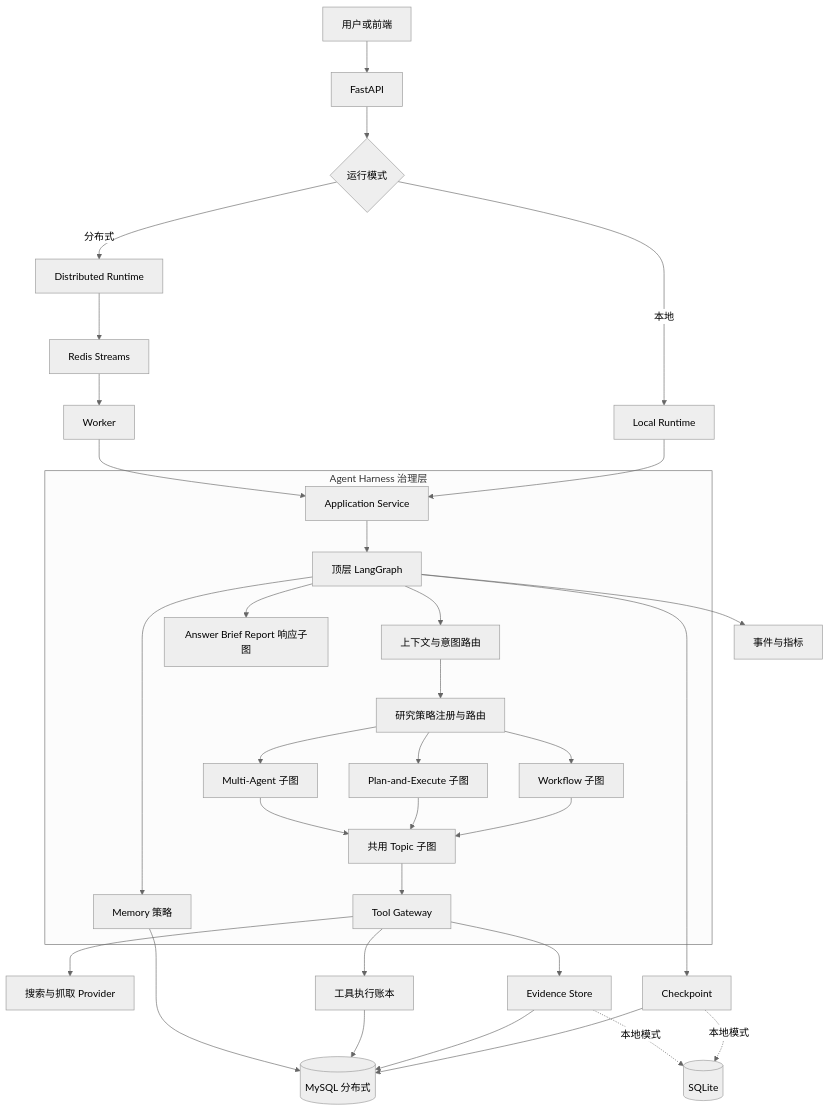
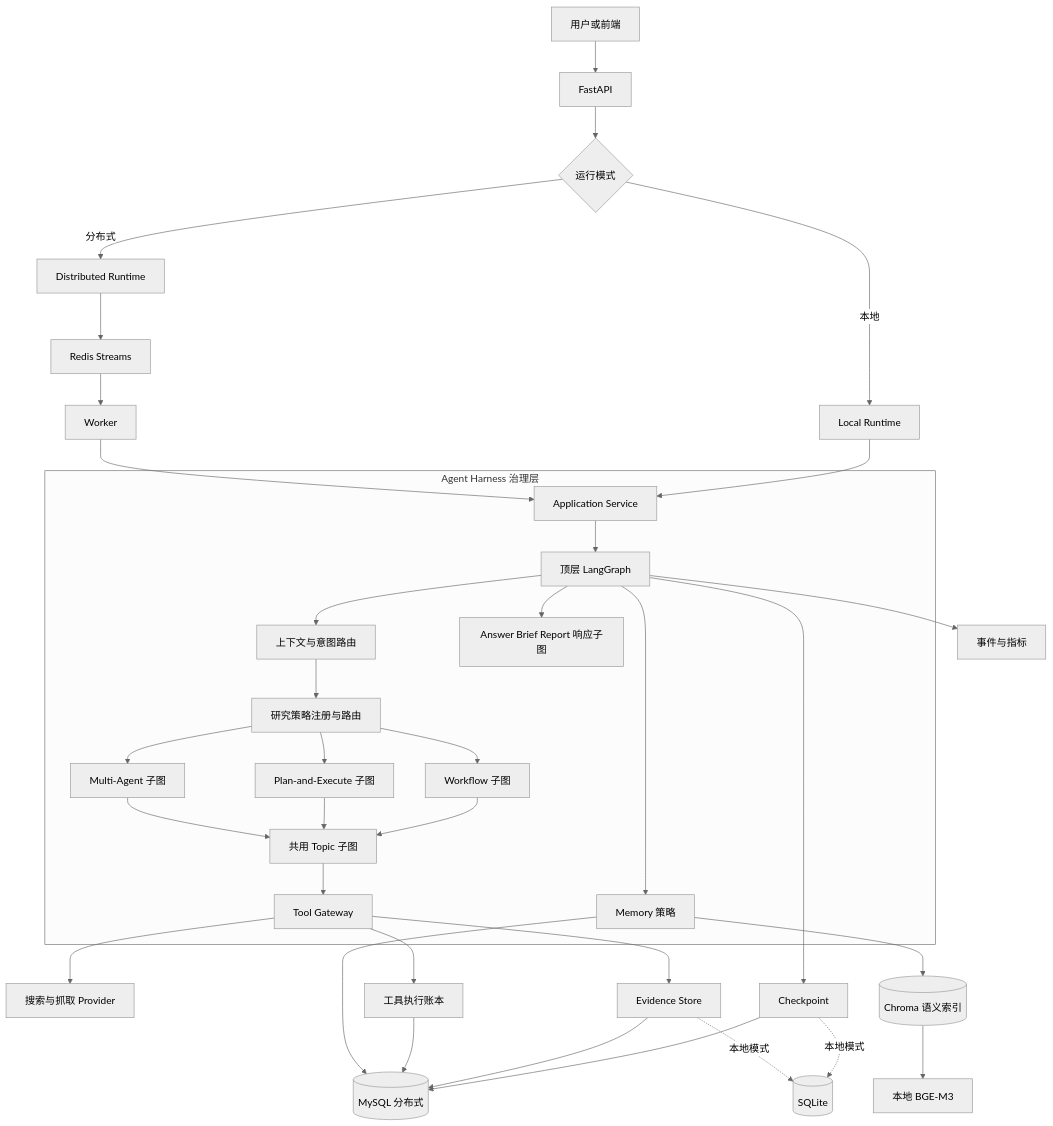
One commit to 1785454358/agent changed the first of 6 diagrams in docs/resume/多模式深度研究Agent面试与学习资料/02-Harness总体架构.md. Above: the diagram before and after it, drawn with Mermaid (neutral theme). The commit also changed other lines of this file and 42 other files, not shown here.

````diff
--- a/docs/resume/多模式深度研究Agent面试与学习资料/02-Harness总体架构.md
+++ b/docs/resume/多模式深度研究Agent面试与学习资料/02-Harness总体架构.md
@@ -9,38 +9,40 @@
 ```mermaid
 flowchart TB
     U[用户或前端] --> API[FastAPI]
     API --> RT{运行模式}
     RT -->|本地| LR[Local Runtime]
     RT -->|分布式| DR[Distributed Runtime]
     DR --> RS[Redis Streams]
     RS --> WK[Worker]
     LR --> APP[Application Service]
     WK --> APP
 
     subgraph H[Agent Harness 治理层]
         APP --> TG[顶层 LangGraph]
         TG --> CTX[上下文与意图路由]
         CTX --> SR[研究策略注册与路由]
         SR --> WF[Workflow 子图]
         SR --> PE[Plan-and-Execute 子图]
         SR --> MA[Multi-Agent 子图]
         WF --> TOPIC[共用 Topic 子图]
         PE --> TOPIC
         MA --> TOPIC
         TOPIC --> TOOL[Tool Gateway]
         TG --> RESP[Answer Brief Report 响应子图]
         TG --> MEM[Memory 策略]
     end
 
     TOOL --> PROVIDER[搜索与抓取 Provider]
     TOOL --> EVIDENCE[Evidence Store]
     TG --> CP[Checkpoint]
     TOOL --> LEDGER[工具执行账本]
     TG --> EVENT[事件与指标]
     CP --> MYSQL[(MySQL 分布式)]
     EVIDENCE --> MYSQL
     LEDGER --> MYSQL
     MEM --> MYSQL
+    MEM --> CHROMA[(Chroma 语义索引)]
+    CHROMA --> BGE[本地 BGE-M3]
     CP -.本地模式.-> SQLITE[(SQLite)]
     EVIDENCE -.本地模式.-> SQLITE
 ```
````
